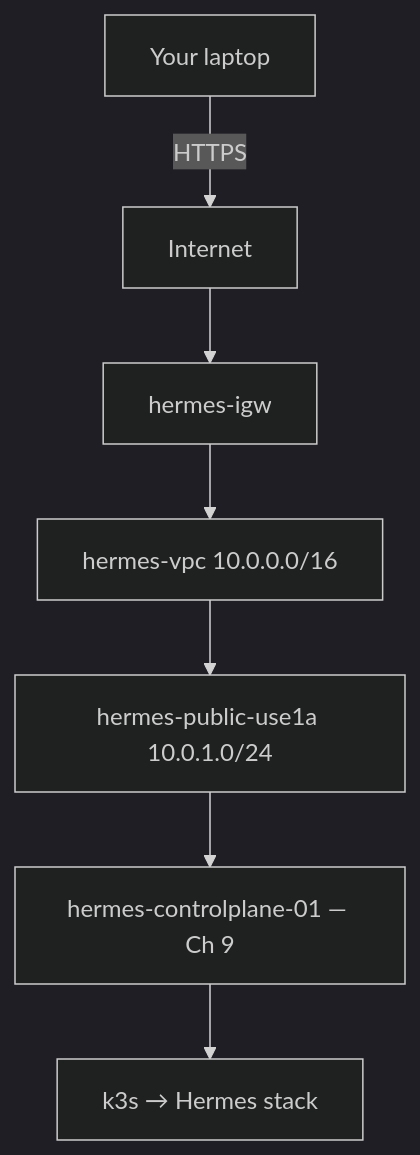
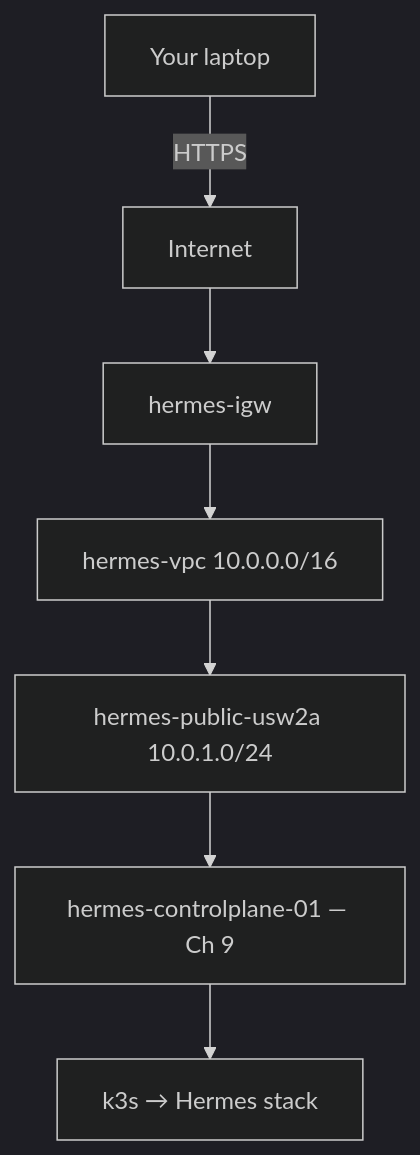
Before and after one commit to 68thandMaine/hermes-on-aws-guide: the diagram in docs/part-ii-aws/08-creating-network-for-hermes.md, drawn with Mermaid (dark theme). The commit also changed other lines of this file and 204 other files, not shown here.

````diff
--- a/docs/part-ii-aws/08-creating-network-for-hermes.md
+++ b/docs/part-ii-aws/08-creating-network-for-hermes.md
@@ -227,9 +227,9 @@
 ```mermaid
 flowchart TB
     Laptop[Your laptop] -->|HTTPS| Internet[Internet]
     Internet --> IGW[hermes-igw]
     IGW --> VPC[hermes-vpc 10.0.0.0/16]
-    VPC --> Subnet[hermes-public-use1a 10.0.1.0/24]
+    VPC --> Subnet[hermes-public-usw2a 10.0.1.0/24]
     Subnet --> EC2[hermes-controlplane-01 — Ch 9]
     EC2 --> K3s[k3s → Hermes stack]
 ```
````
